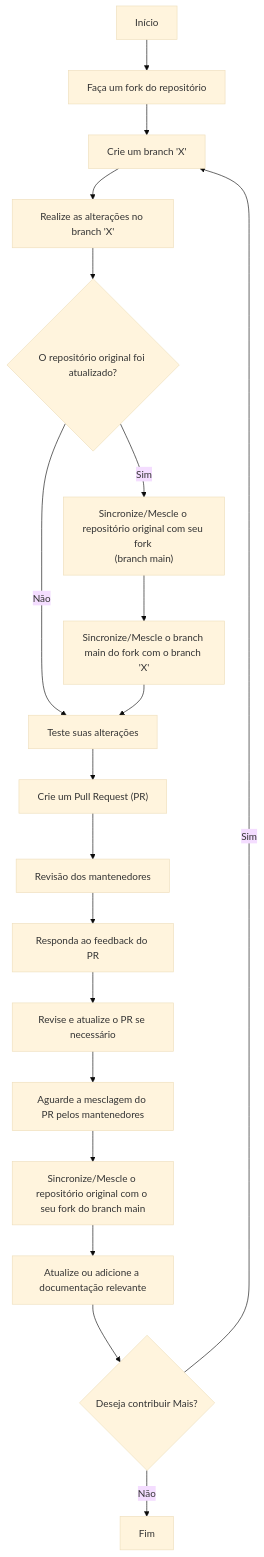
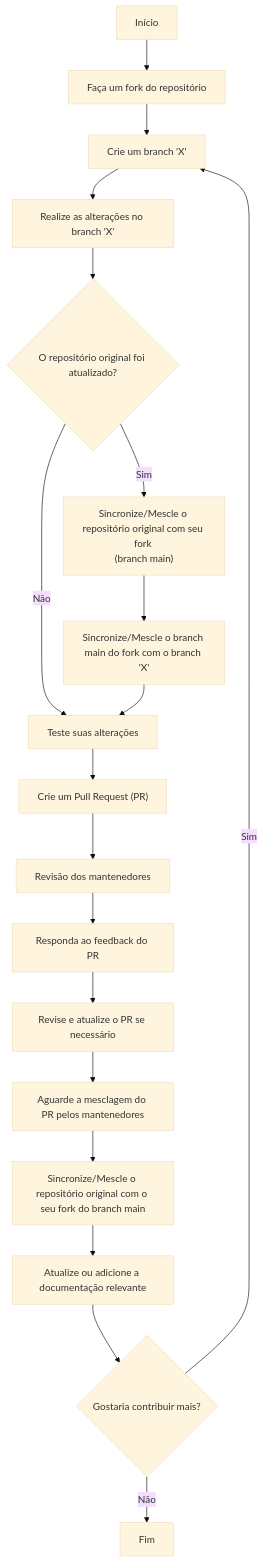
Before and after one commit to acastrodev/stride-docs-catproject: the diagram in target/contributors/contribution-workflow/index.md, drawn with Mermaid (base theme). The commit also changed other lines of this file and 25 other files, not shown here.

````diff
--- a/target/contributors/contribution-workflow/index.md
+++ b/target/contributors/contribution-workflow/index.md
@@ -9,31 +9,31 @@
 ``` mermaid
 %% Define styles
 %% Main Graph
 graph TB
 %% Nodes
     Start[Início]
     A[Faça um fork do repositório]
     B[Crie um branch 'X']
     C[Realize as alterações no branch 'X']
     D{O repositório original foi atualizado?}
     E["Sincronize/Mescle o repositório original com seu fork <br>(branch main)"]
     F[Sincronize/Mescle o branch main do fork com o branch 'X']
     G[Teste suas alterações]
     H["Crie um Pull Request (PR)"]
     I[Revisão dos mantenedores]
     J[Responda ao feedback do PR]
     K[Revise e atualize o PR se necessário]
     L[Aguarde a mesclagem do PR pelos mantenedores]
     M[Sincronize/Mescle o repositório original com o seu fork do branch main]
     N[Atualize ou adicione a documentação relevante]
-    O{Deseja contribuir Mais?}
+    O{Gostaria contribuir mais?}
     Z[Fim]
 %% Edges
     Start --> A --> B --> C --> D
     D -->|Sim| E
     D -->|Não| G
     E --> F --> G
     G --> H --> I --> J --> K --> L --> M --> N --> O
     O -->|Sim| B
     O -->|Não| Z
 ```
````
